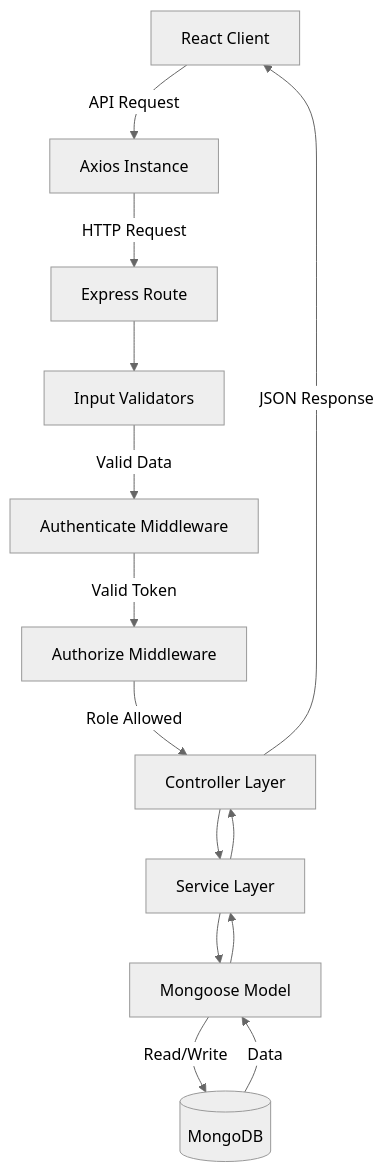
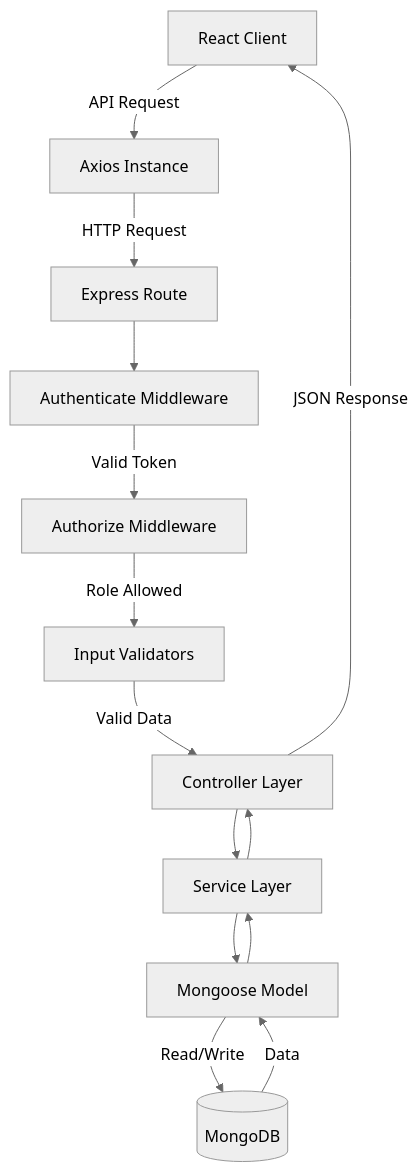
One commit to AyonO1/DineEase changed the diagram in docs/diagrams/system-architecture.md. Above: the diagram before and after it, drawn with Mermaid (neutral theme). The commit also changed 16 other files, not shown here.

````diff
--- a/docs/diagrams/system-architecture.md
+++ b/docs/diagrams/system-architecture.md
@@ -5,16 +5,16 @@
 ```mermaid
 flowchart TD
     Client[React Client] -->|API Request| Axios[Axios Instance]
     Axios -->|HTTP Request| Server[Express Route]
-    Server --> Validator[Input Validators]
-    Validator -->|Valid Data| Auth[Authenticate Middleware]
+    Server --> Auth[Authenticate Middleware]
     Auth -->|Valid Token| Authorize[Authorize Middleware]
-    Authorize -->|Role Allowed| Controller[Controller Layer]
+    Authorize -->|Role Allowed| Validator[Input Validators]
+    Validator -->|Valid Data| Controller[Controller Layer]
     Controller --> Service[Service Layer]
     Service --> Model[Mongoose Model]
     Model -->|Read/Write| MongoDB[(MongoDB)]
     MongoDB -->|Data| Model
     Model --> Service
     Service --> Controller
     Controller -->|JSON Response| Client
 ```
````
